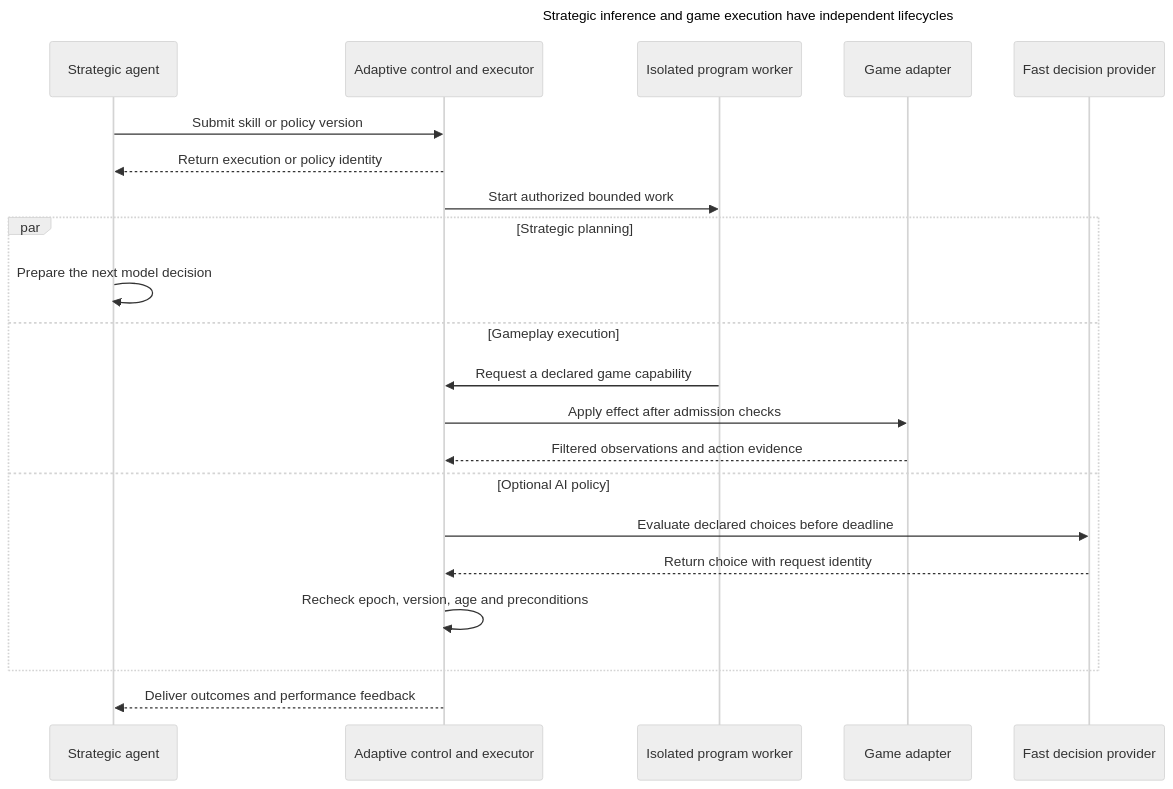
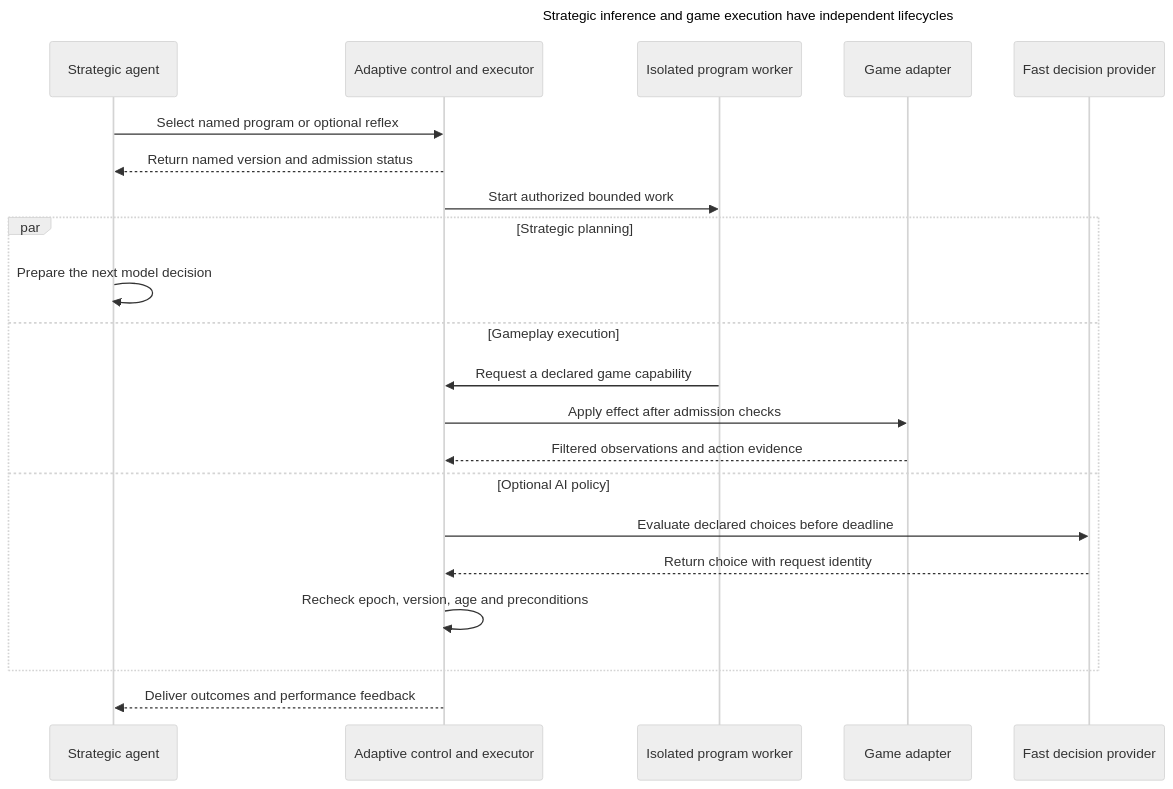
The diagram in docs/architecture/overview.md (make-no-mistakes-team/game-harness), drawn with Mermaid (neutral theme) before and after one commit. The commit also changed other lines of this file and 64 other files, not shown here.

First line of the commit message:
feat(runtime): simplify program control and bound evaluations

````diff
--- a/docs/architecture/overview.md
+++ b/docs/architecture/overview.md
@@ -85,24 +86,24 @@
 ```mermaid
 sequenceDiagram
     title Strategic inference and game execution have independent lifecycles
     participant Planner as Strategic agent
     participant Runtime as Adaptive control and executor
     participant Worker as Isolated program worker
     participant Adapter as Game adapter
     participant Fast as Fast decision provider
-    Planner->>Runtime: Submit skill or policy version
-    Runtime-->>Planner: Return execution or policy identity
+    Planner->>Runtime: Select named program or optional reflex
+    Runtime-->>Planner: Return named version and admission status
     Runtime->>Worker: Start authorized bounded work
     par Strategic planning
         Planner->>Planner: Prepare the next model decision
     and Gameplay execution
         Worker->>Runtime: Request a declared game capability
         Runtime->>Adapter: Apply effect after admission checks
         Adapter-->>Runtime: Filtered observations and action evidence
     and Optional AI policy
         Runtime->>Fast: Evaluate declared choices before deadline
         Fast-->>Runtime: Return choice with request identity
         Runtime->>Runtime: Recheck epoch, version, age and preconditions
     end
     Runtime-->>Planner: Deliver outcomes and performance feedback
 ```
````
